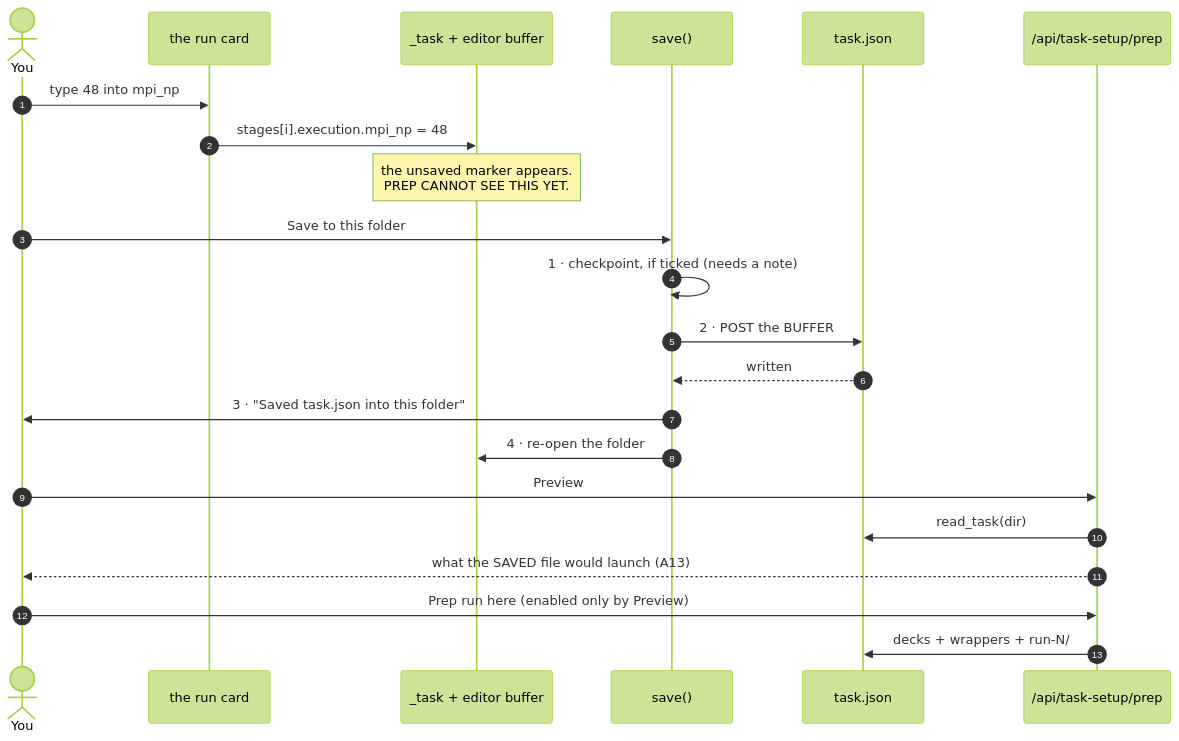
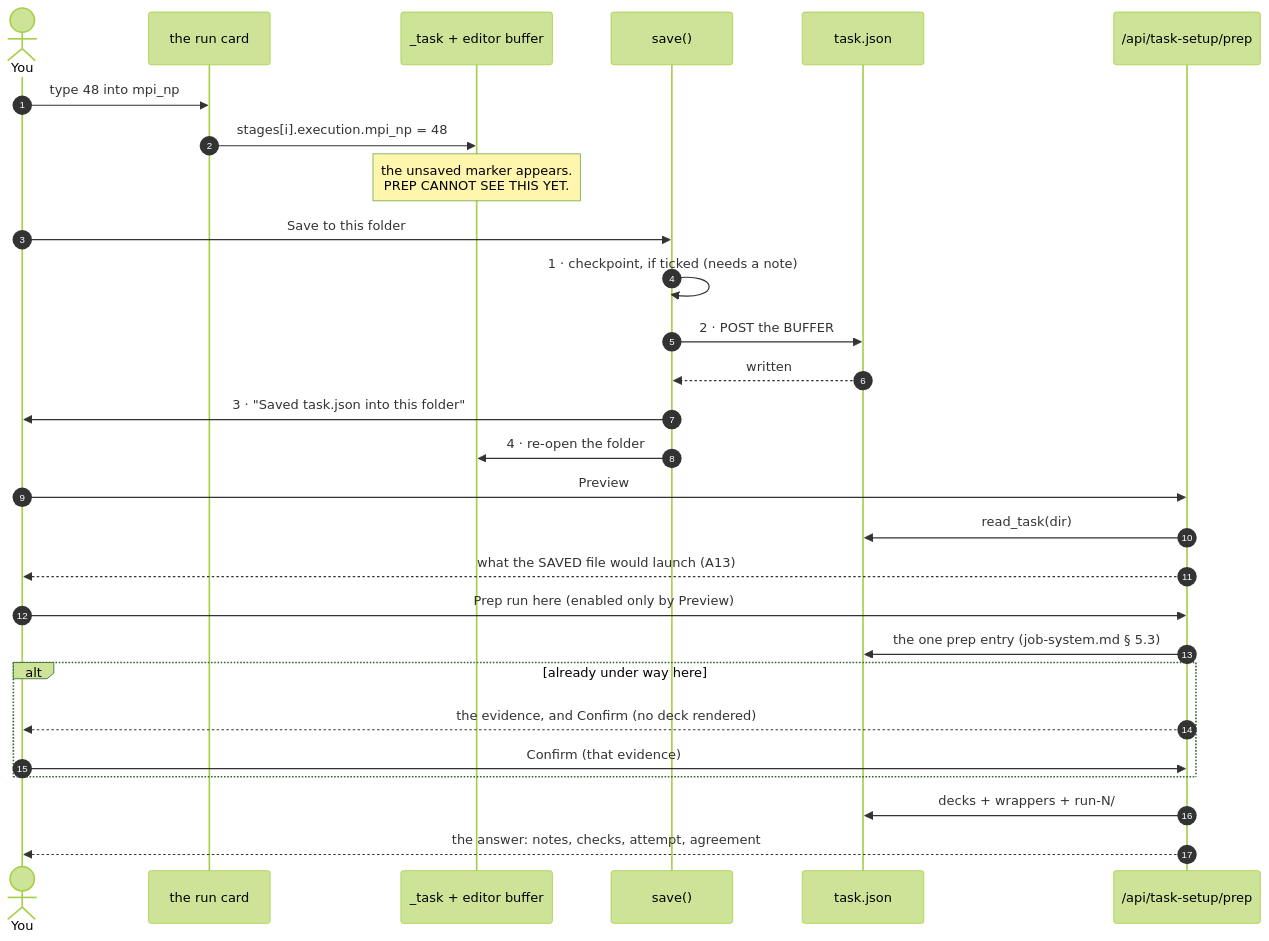
Before and after one commit to Qing-LAB/molbuilder: the diagram in docs/web/task-setup.md, drawn with Mermaid (forest theme). The commit also changed other lines of this file and 36 other files, not shown here.

````diff
--- a/docs/web/task-setup.md
+++ b/docs/web/task-setup.md
@@ -692,27 +698,33 @@
 ```mermaid
 sequenceDiagram
     autonumber
     actor You
     participant Card as the run card
     participant Model as _task + editor buffer
     participant Save as save()
     participant Disk as task.json
     participant Prep as /api/task-setup/prep
 
     You->>Card: type 48 into mpi_np
     Card->>Model: stages[i].execution.mpi_np = 48
     Note over Model: the unsaved marker appears.<br/>PREP CANNOT SEE THIS YET.
 
     You->>Save: Save to this folder
     Save->>Save: 1 · checkpoint, if ticked (needs a note)
     Save->>Disk: 2 · POST the BUFFER
     Disk-->>Save: written
     Save->>You: 3 · "Saved task.json into this folder"
     Save->>Model: 4 · re-open the folder
 
     You->>Prep: Preview
     Prep->>Disk: read_task(dir)
     Prep-->>You: what the SAVED file would launch (A13)
     You->>Prep: Prep run here (enabled only by Preview)
+    Prep->>Disk: the one prep entry (job-system.md § 5.3)
+    alt already under way here
+      Prep-->>You: the evidence, and Confirm (no deck rendered)
+      You->>Prep: Confirm (that evidence)
+    end
     Prep->>Disk: decks + wrappers + run-N/
+    Prep-->>You: the answer: notes, checks, attempt, agreement
 ```
````
